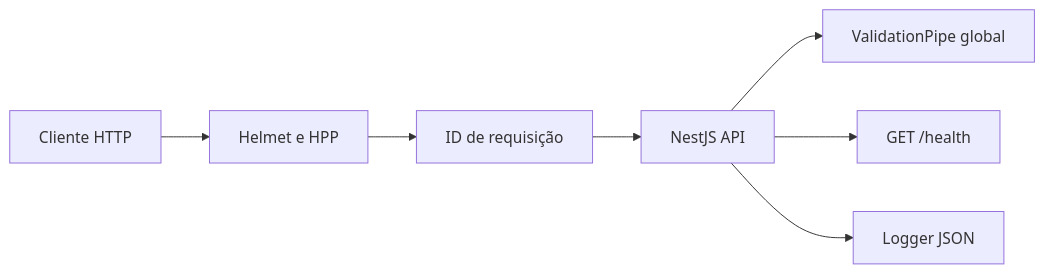
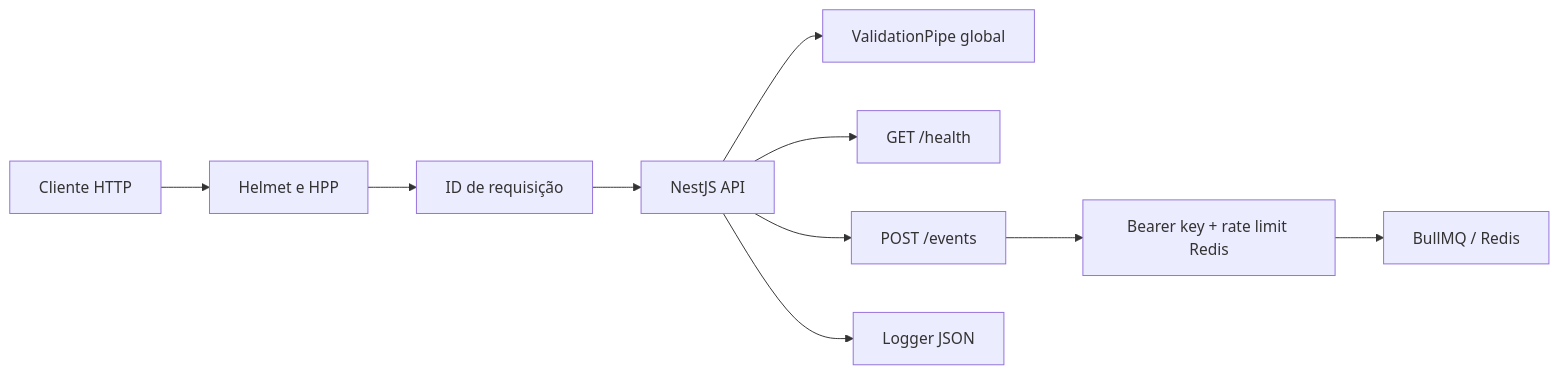
Before and after one commit to iugorsette/nestjs-event-driven-engine: the first of 2 diagrams in docs/architecture.md, drawn with Mermaid. The commit also changed other lines of this file and 8 other files, not shown here.

````diff
--- a/docs/architecture.md
+++ b/docs/architecture.md
@@ -9,9 +9,12 @@
 ```mermaid
 flowchart LR
   Client[Cliente HTTP] --> Middleware[Helmet e HPP]
   Middleware --> Context[ID de requisição]
   Context --> Nest[NestJS API]
   Nest --> Validation[ValidationPipe global]
   Nest --> Health[GET /health]
+  Nest --> Events[POST /events]
+  Events --> Auth[Bearer key + rate limit Redis]
+  Auth --> Queue[BullMQ / Redis]
   Nest --> Logs[Logger JSON]
 ```
````
